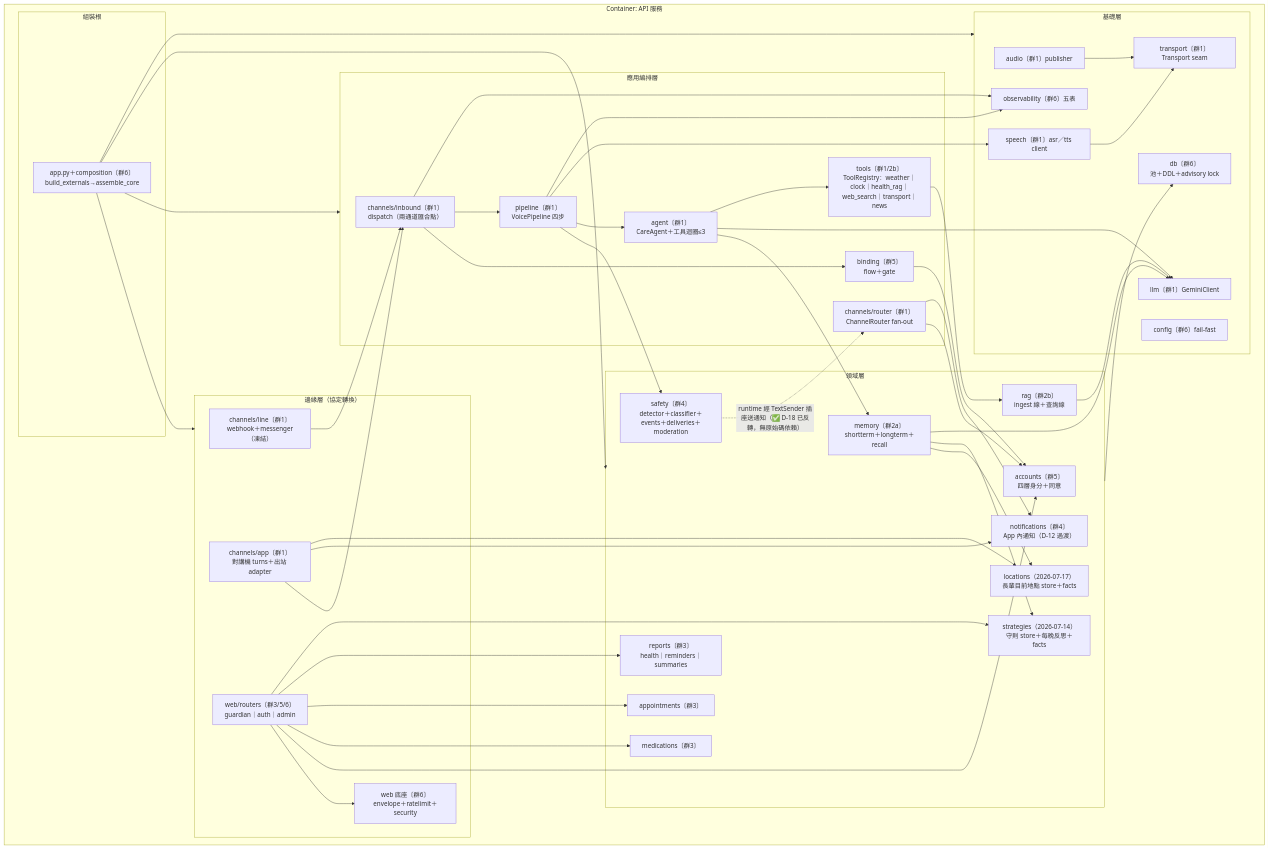
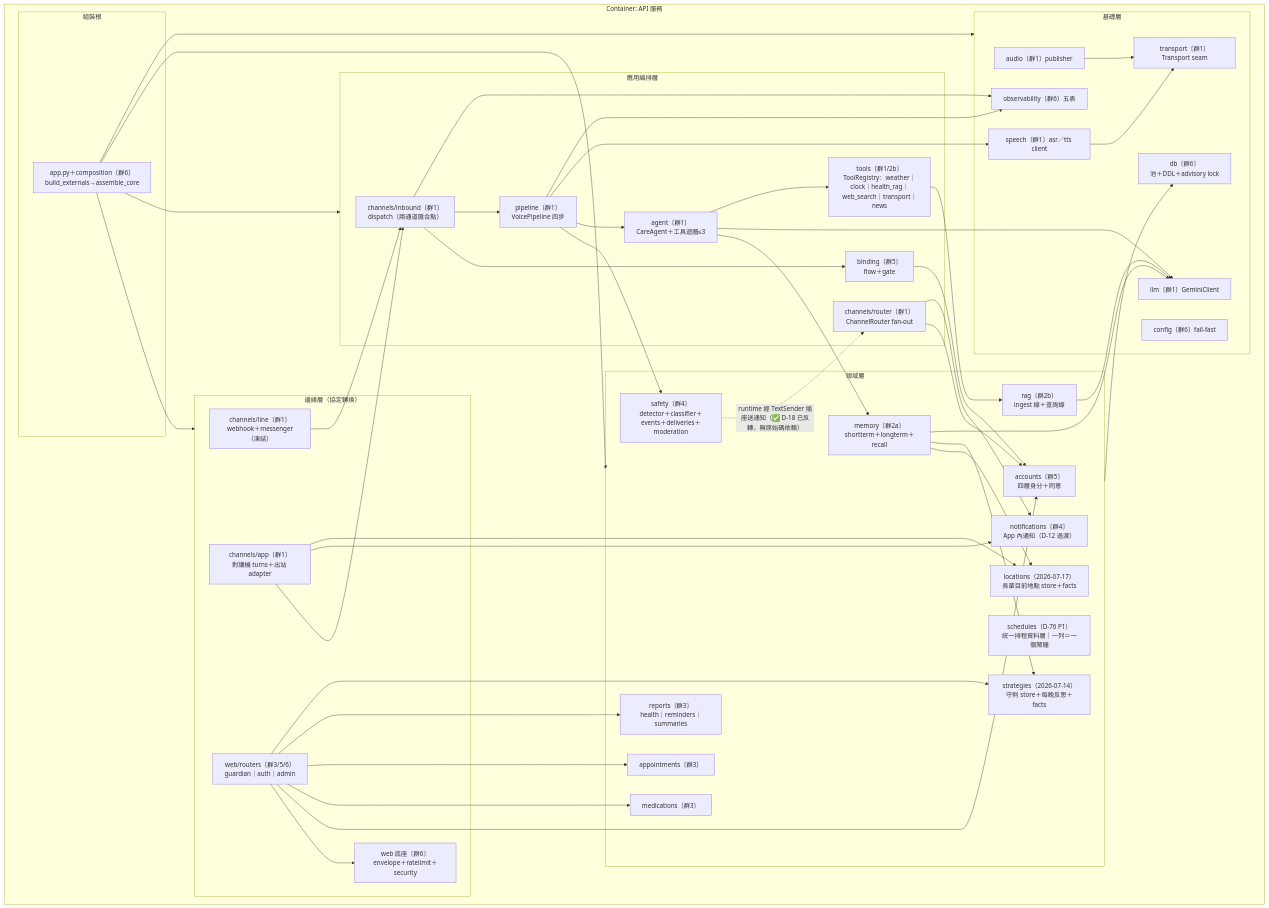
One commit to leo53021313/kinsun changed the fourth of 11 diagrams in docs/dev/05_架構與設計.md. Above: the diagram before and after it, drawn with Mermaid. The commit also changed other lines of this file and 6 other files, not shown here.

````diff
--- a/docs/dev/05_架構與設計.md
+++ b/docs/dev/05_架構與設計.md
@@ -167,73 +167,74 @@
 ```mermaid
 flowchart TD
     subgraph container["Container: API 服務"]
         subgraph root["組裝根"]
             comp["app.py＋composition〔群6〕<br/>build_externals→assemble_core"]
         end
         subgraph edge["邊緣層（協定轉換）"]
             linech["channels/line〔群1〕<br/>webhook＋messenger（凍結）"]
             appch["channels/app〔群1〕<br/>對講機 turns＋出站 adapter"]
             webapi["web/routers〔群3/5/6〕<br/>guardian｜auth｜admin"]
             webbase["web 底座〔群6〕<br/>envelope＋ratelimit＋security"]
         end
         subgraph orch["應用編排層"]
             inbound["channels/inbound〔群1〕<br/>dispatch（兩通道匯合點）"]
             pipeline["pipeline〔群1〕<br/>VoicePipeline 四步"]
             agent["agent〔群1〕<br/>CareAgent＋工具迴圈≤3"]
             tools["tools〔群1/2b〕<br/>ToolRegistry：weather｜clock｜health_rag｜web_search｜transport｜news"]
             router["channels/router〔群1〕<br/>ChannelRouter fan-out"]
             binding["binding〔群5〕<br/>flow＋gate"]
         end
         subgraph domain["領域層"]
             accounts["accounts〔群5〕<br/>四層身分＋同意"]
             meds["medications〔群3〕"]
             appts["appointments〔群3〕"]
+            sched["schedules（D-76 P1）<br/>統一排程資料層｜一列＝一個鬧鐘"]
             reports["reports〔群3〕<br/>health｜reminders｜summaries"]
             safety["safety〔群4〕<br/>detector＋classifier＋events＋deliveries＋moderation"]
             memory["memory〔群2a〕<br/>shortterm＋longterm＋recall"]
             rag["rag〔群2b〕<br/>ingest 線＋查詢線"]
             notif["notifications〔群4〕<br/>App 內通知（D-12 過渡）"]
             loc["locations（2026-07-17）<br/>長輩目前地點 store＋facts"]
             strat["strategies（2026-07-14）<br/>守則 store＋每晚反思＋facts"]
         end
         subgraph infra["基礎層"]
             dbmod["db〔群6〕<br/>池＋DDL＋advisory lock"]
             llm["llm〔群1〕GeminiClient"]
             speech["speech〔群1〕asr／tts client"]
             transport["transport〔群1〕Transport seam"]
             audio["audio〔群1〕publisher"]
             obs["observability〔群6〕五表"]
             config["config〔群6〕fail-fast"]
         end
     end
 
     comp --> edge & orch & domain & infra
     linech --> inbound
     appch --> inbound
     appch --> notif
     webapi --> webbase
     inbound --> binding
     inbound --> pipeline
     pipeline --> safety
     pipeline --> agent
     pipeline --> speech
     agent --> memory
     agent --> llm
     agent --> tools
     tools --> rag
     webapi --> accounts & meds & appts & reports
     webapi --> strat
     appch --> loc
     memory --> loc & strat
     binding --> accounts
     router --> accounts
     router --> notif
     safety -. "runtime 經 TextSender 插座送通知（✅ D-18 已反轉，無原始碼依賴）" .-> router
     domain --> dbmod
     memory --> llm
     rag --> llm
     speech --> transport
     audio --> transport
     pipeline --> obs
     inbound --> obs
 ```
````
